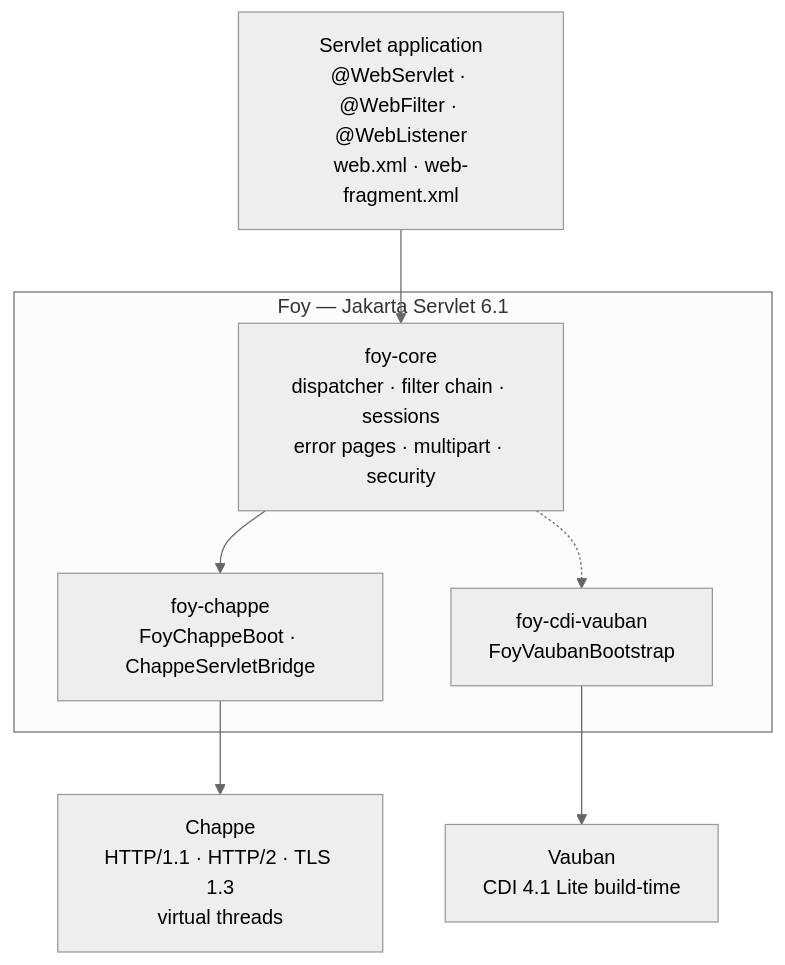
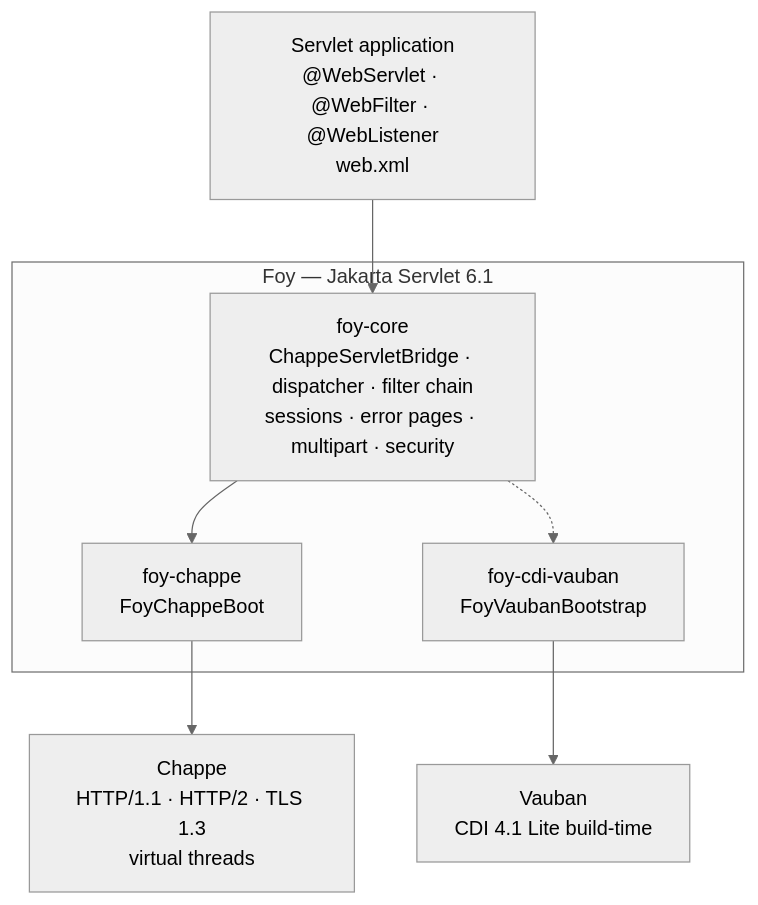
Before and after one commit to vidocq-stack/foy: the diagram in docs/en/modules/ROOT/pages/index.adoc, drawn with Mermaid (neutral theme). The commit also changed other lines of this file and 7 other files, not shown here.

```diff
--- a/docs/en/modules/ROOT/pages/index.adoc
+++ b/docs/en/modules/ROOT/pages/index.adoc
@@ -33,18 +33,18 @@
 [mermaid]
 ....
 flowchart TB
-    app["Servlet application<br/>@WebServlet · @WebFilter · @WebListener<br/>web.xml · web-fragment.xml"]
+    app["Servlet application<br/>@WebServlet · @WebFilter · @WebListener<br/>web.xml"]
     subgraph foy["Foy — Jakarta Servlet 6.1"]
-        foycore["foy-core<br/>dispatcher · filter chain · sessions<br/>error pages · multipart · security"]
-        foychappe["foy-chappe<br/>FoyChappeBoot · ChappeServletBridge"]
+        foycore["foy-core<br/>ChappeServletBridge · dispatcher · filter chain<br/>sessions · error pages · multipart · security"]
+        foychappe["foy-chappe<br/>FoyChappeBoot"]
         foycdi["foy-cdi-vauban<br/>FoyVaubanBootstrap"]
     end
     chappe["Chappe<br/>HTTP/1.1 · HTTP/2 · TLS 1.3<br/>virtual threads"]
     vauban["Vauban<br/>CDI 4.1 Lite build-time"]
 
     app --> foycore
     foycore --> foychappe
     foychappe --> chappe
     foycdi --> vauban
     foycore -.-> foycdi
 ....
```
